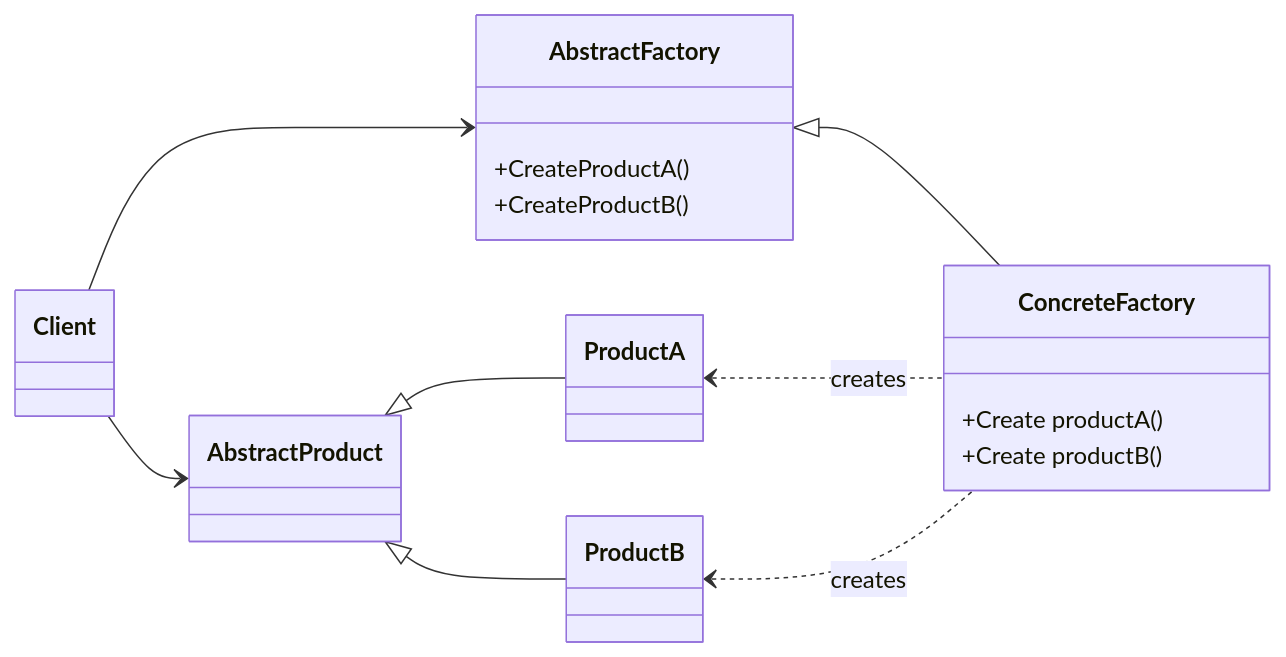
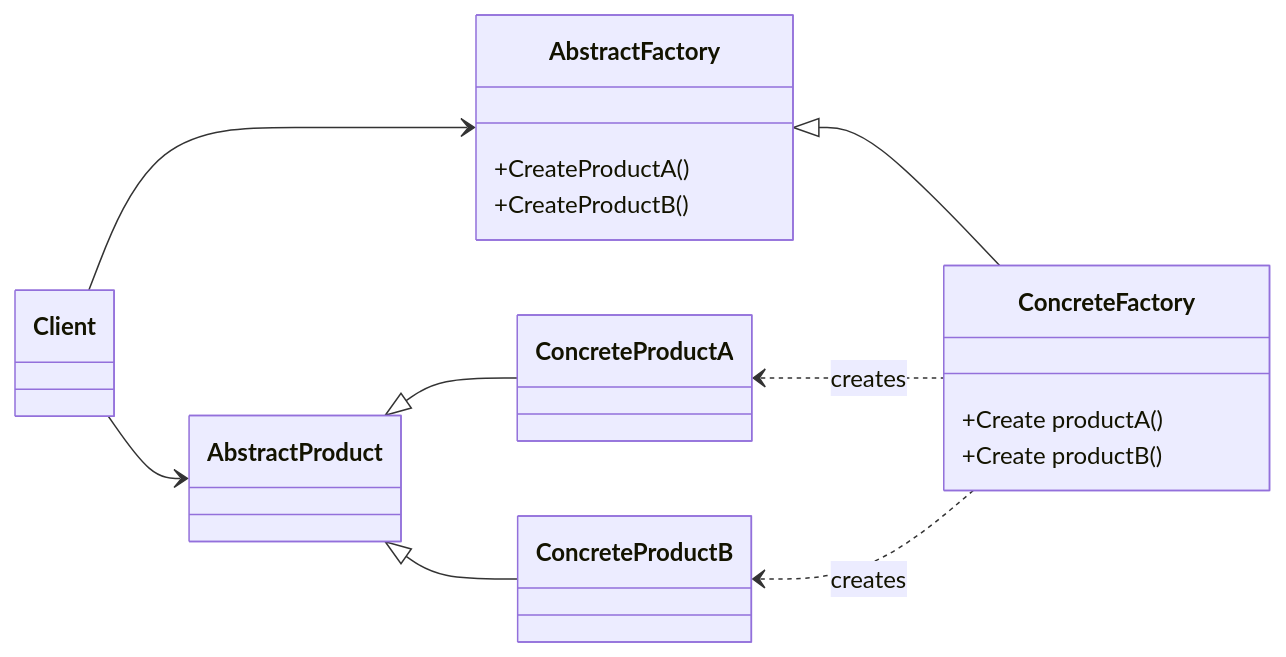
The diagram in README.md (Gaveloshpom/design-patterns), drawn with Mermaid before and after one commit.

Commit message:
Abstract factory Mermaid

````diff
--- a/README.md
+++ b/README.md
@@ -30,24 +30,24 @@
 ```mermaid
 classDiagram
 direction LR
 Client --> AbstractFactory
 Client --> AbstractProduct
 AbstractFactory <|-- ConcreteFactory
-AbstractProduct <|-- ProductA
-AbstractProduct <|-- ProductB
-ProductA <.. ConcreteFactory : creates
-ProductB <.. ConcreteFactory : creates
+AbstractProduct <|-- ConcreteProductA
+AbstractProduct <|-- ConcreteProductB
+ConcreteProductA <.. ConcreteFactory : creates
+ConcreteProductB <.. ConcreteFactory : creates
 
   class Client {
   }
   class AbstractFactory{
     +CreateProductA()
     +CreateProductB()
   }
 class ConcreteFactory{
     +Create productA()
     +Create productB()
   }
   class AbstractProduct{
   }
 ```
````
